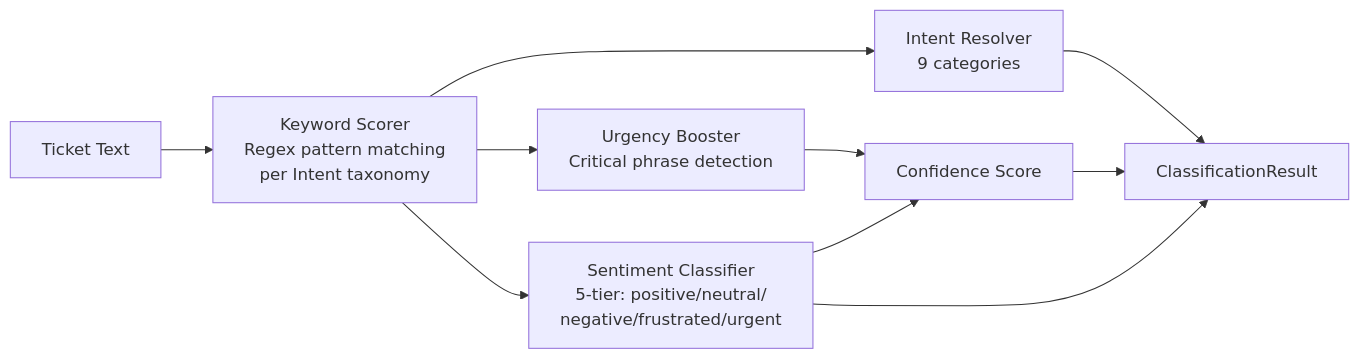
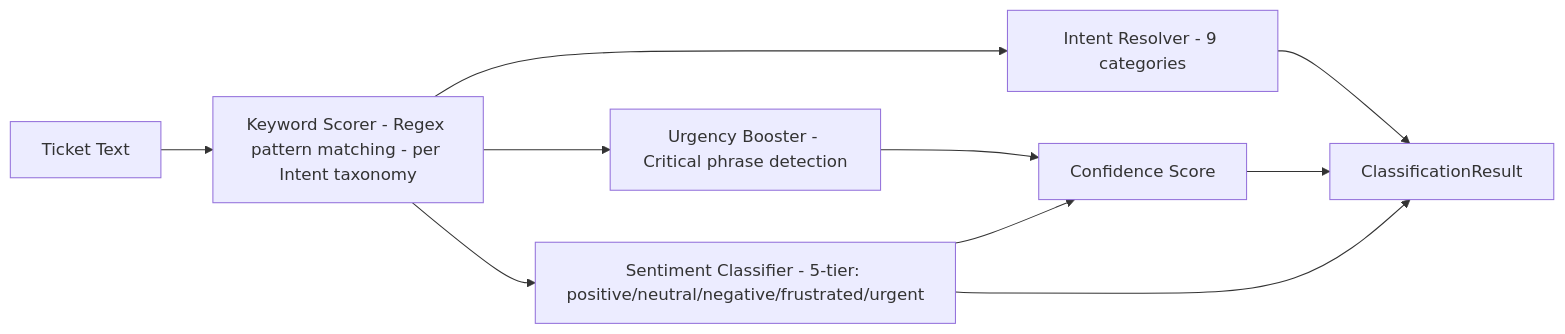
The third of 5 diagrams in README.md (Algo-Vision404/pro_3), drawn with Mermaid before and after one commit. The commit also changed other lines of this file and 2 other files, not shown here.

````diff
--- a/README.md
+++ b/README.md
@@ -88,9 +88,9 @@
 ```mermaid
 flowchart LR
-    IN[Ticket Text] --> KWS[Keyword Scorer<br/>Regex pattern matching<br/>per Intent taxonomy]
-    KWS --> URG[Urgency Booster<br/>Critical phrase detection]
-    KWS --> SENT[Sentiment Classifier<br/>5-tier: positive/neutral/<br/>negative/frustrated/urgent]
-    KWS --> INTENT[Intent Resolver<br/>9 categories]
+    IN[Ticket Text] --> KWS["Keyword Scorer - Regex pattern matching - per Intent taxonomy"]
+    KWS --> URG["Urgency Booster - Critical phrase detection"]
+    KWS --> SENT["Sentiment Classifier - 5-tier: positive/neutral/negative/frustrated/urgent"]
+    KWS --> INTENT["Intent Resolver - 9 categories"]
     URG & SENT --> CONF[Confidence Score]
     INTENT & CONF & SENT --> OUT[ClassificationResult]
 ```
````
